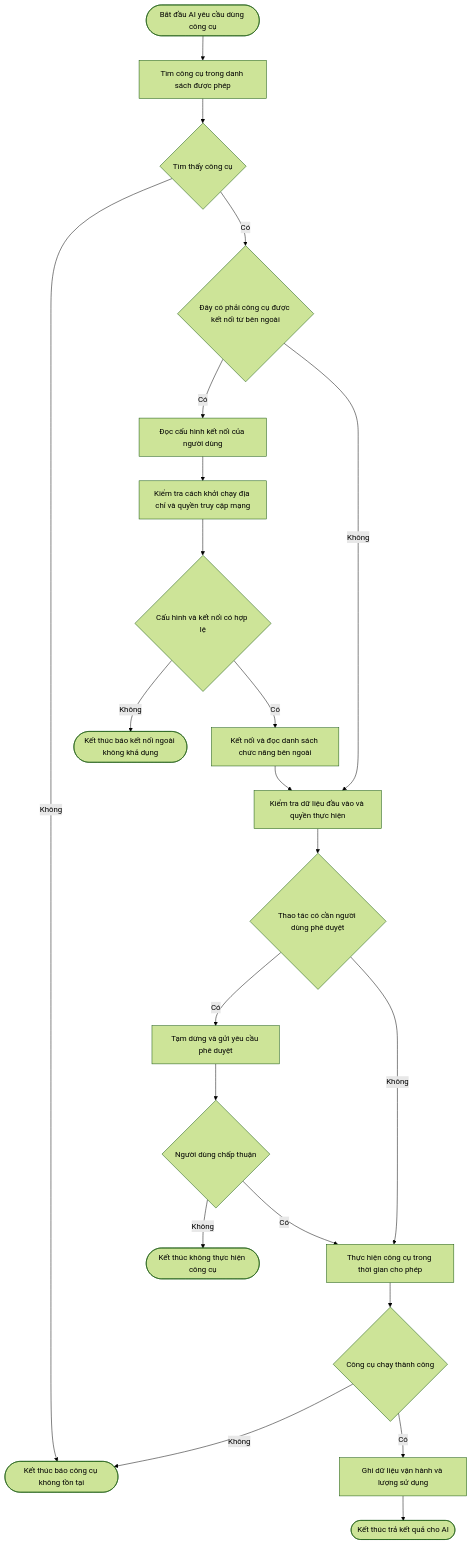
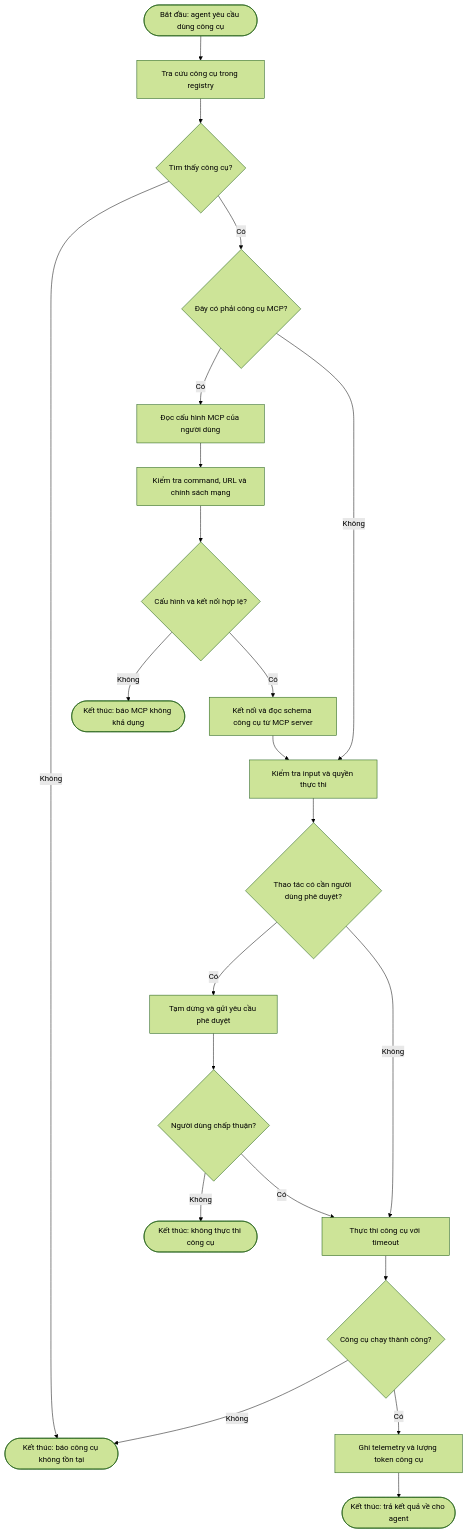
Before and after one commit to MinTruqday/dl: the seventh of 10 diagrams in agentic_ai_workflow_and_architecture_guide_3.md, drawn with Mermaid (forest theme). The commit also changed other lines of this file and 78 other files, not shown here.

````diff
--- a/agentic_ai_workflow_and_architecture_guide_3.md
+++ b/agentic_ai_workflow_and_architecture_guide_3.md
@@ -273,24 +206,24 @@
 ```mermaid
 flowchart TD
-    Start([Bắt đầu AI yêu cầu dùng công cụ]) --> FindTool[Tìm công cụ trong danh sách được phép]
-    FindTool --> Found{Tìm thấy công cụ}
-    Found -->|Không| ToolError([Kết thúc báo công cụ không tồn tại])
-    Found -->|Có| IsMCP{Đây có phải công cụ được kết nối từ bên ngoài}
-    IsMCP -->|Có| LoadMCP[Đọc cấu hình kết nối của người dùng]
-    LoadMCP --> ValidateMCP[Kiểm tra cách khởi chạy địa chỉ và quyền truy cập mạng]
-    ValidateMCP --> ValidMCP{Cấu hình và kết nối có hợp lệ}
-    ValidMCP -->|Không| MCPError([Kết thúc báo kết nối ngoài không khả dụng])
-    ValidMCP -->|Có| DiscoverTools[Kết nối và đọc danh sách chức năng bên ngoài]
-    DiscoverTools --> CheckGovernance[Kiểm tra dữ liệu đầu vào và quyền thực hiện]
+    Start([Bắt đầu: agent yêu cầu dùng công cụ]) --> FindTool[Tra cứu công cụ trong registry]
+    FindTool --> Found{Tìm thấy công cụ?}
+    Found -->|Không| ToolError([Kết thúc: báo công cụ không tồn tại])
+    Found -->|Có| IsMCP{Đây có phải công cụ MCP?}
+    IsMCP -->|Có| LoadMCP[Đọc cấu hình MCP của người dùng]
+    LoadMCP --> ValidateMCP[Kiểm tra command, URL và chính sách mạng]
+    ValidateMCP --> ValidMCP{Cấu hình và kết nối hợp lệ?}
+    ValidMCP -->|Không| MCPError([Kết thúc: báo MCP không khả dụng])
+    ValidMCP -->|Có| DiscoverTools[Kết nối và đọc schema công cụ từ MCP server]
+    DiscoverTools --> CheckGovernance[Kiểm tra input và quyền thực thi]
     IsMCP -->|Không| CheckGovernance
-    CheckGovernance --> NeedApproval{Thao tác có cần người dùng phê duyệt}
+    CheckGovernance --> NeedApproval{Thao tác có cần người dùng phê duyệt?}
     NeedApproval -->|Có| AskApproval[Tạm dừng và gửi yêu cầu phê duyệt]
-    AskApproval --> Approved{Người dùng chấp thuận}
-    Approved -->|Không| Denied([Kết thúc không thực hiện công cụ])
-    Approved -->|Có| ExecuteTool[Thực hiện công cụ trong thời gian cho phép]
+    AskApproval --> Approved{Người dùng chấp thuận?}
+    Approved -->|Không| Denied([Kết thúc: không thực thi công cụ])
+    Approved -->|Có| ExecuteTool[Thực thi công cụ với timeout]
     NeedApproval -->|Không| ExecuteTool
-    ExecuteTool --> Successful{Công cụ chạy thành công}
+    ExecuteTool --> Successful{Công cụ chạy thành công?}
     Successful -->|Không| ToolError
-    Successful -->|Có| RecordTelemetry[Ghi dữ liệu vận hành và lượng sử dụng]
-    RecordTelemetry --> End([Kết thúc trả kết quả cho AI])
+    Successful -->|Có| RecordTelemetry[Ghi telemetry và lượng token công cụ]
+    RecordTelemetry --> End([Kết thúc: trả kết quả về cho agent])
 ```
````
